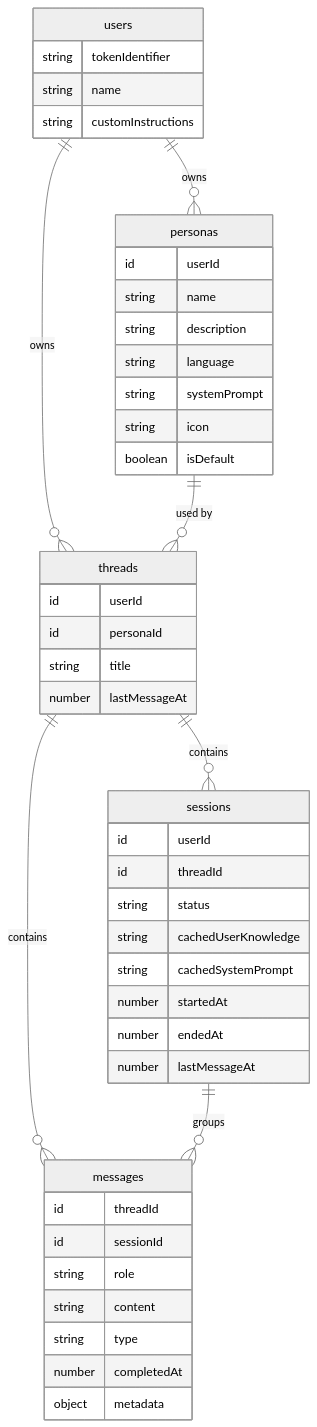
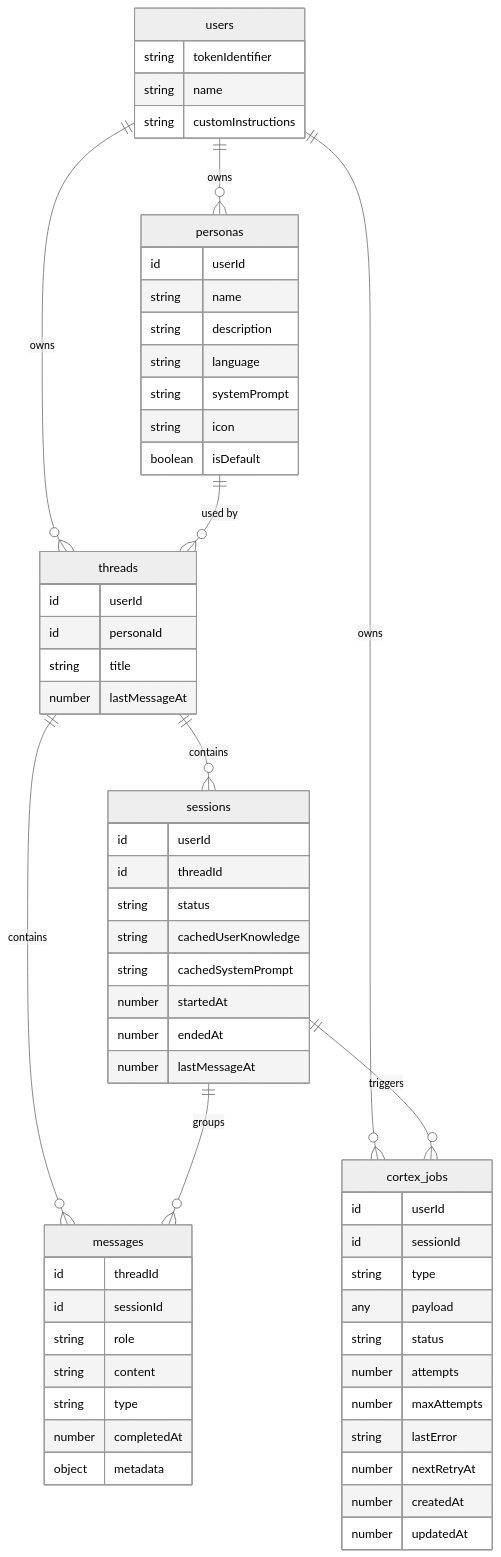
The third of 7 diagrams in README.md (juandastic/synapse-chat-ai), drawn with Mermaid (neutral theme) before and after one commit. The commit also changed other lines of this file and 16 other files, not shown here.

````diff
--- a/README.md
+++ b/README.md
@@ -161,49 +173,64 @@
 ```mermaid
 erDiagram
     users {
         string tokenIdentifier
         string name
         string customInstructions
     }
     personas {
         id userId
         string name
         string description
         string language
         string systemPrompt
         string icon
         boolean isDefault
     }
     threads {
         id userId
         id personaId
         string title
         number lastMessageAt
     }
     sessions {
         id userId
         id threadId
         string status
         string cachedUserKnowledge
         string cachedSystemPrompt
         number startedAt
         number endedAt
         number lastMessageAt
     }
     messages {
         id threadId
         id sessionId
         string role
         string content
         string type
         number completedAt
         object metadata
     }
+    cortex_jobs {
+        id userId
+        id sessionId
+        string type
+        any payload
+        string status
+        number attempts
+        number maxAttempts
+        string lastError
+        number nextRetryAt
+        number createdAt
+        number updatedAt
+    }
 
     users ||--o{ personas : owns
     users ||--o{ threads : owns
+    users ||--o{ cortex_jobs : owns
     personas ||--o{ threads : "used by"
     threads ||--o{ sessions : contains
     threads ||--o{ messages : contains
     sessions ||--o{ messages : groups
+    sessions ||--o{ cortex_jobs : triggers
 ```
````
